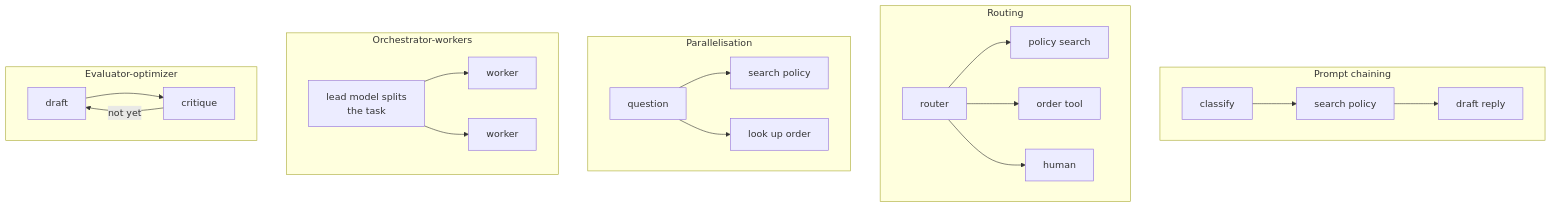
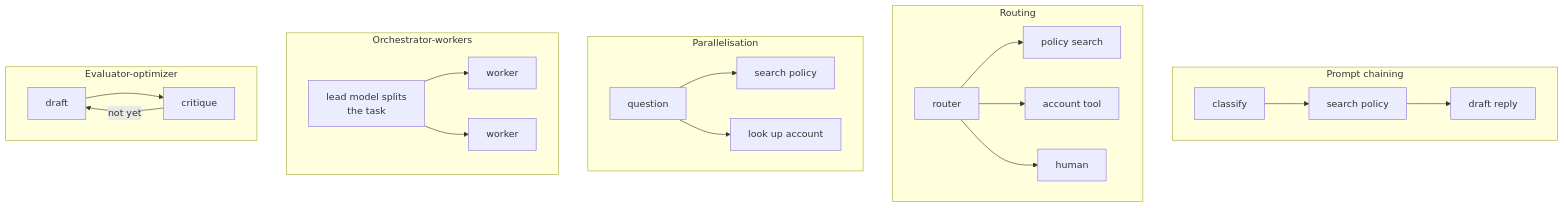
One commit to shubamchaudhary/CodeNITW changed the sixth of 9 diagrams in src/Data/aiStackDocs/CH-10.md. Above: the diagram before and after it, drawn with Mermaid. The commit also changed other lines of this file and 32 other files, not shown here.

````diff
--- a/src/Data/aiStackDocs/CH-10.md
+++ b/src/Data/aiStackDocs/CH-10.md
@@ -142,23 +142,23 @@
 ```mermaid
 flowchart TB
     subgraph P1["Prompt chaining"]
         a1["classify"] --> a2["search policy"] --> a3["draft reply"]
     end
     subgraph P2["Routing"]
         b0["router"] --> b1["policy search"]
-        b0 --> b2["order tool"]
+        b0 --> b2["account tool"]
         b0 --> b3["human"]
     end
     subgraph P3["Parallelisation"]
         c0["question"] --> c1["search policy"]
-        c0 --> c2["look up order"]
+        c0 --> c2["look up account"]
     end
     subgraph P4["Orchestrator-workers"]
         d0["lead model splits<br/>the task"] --> d1["worker"]
         d0 --> d2["worker"]
     end
     subgraph P5["Evaluator-optimizer"]
         e1["draft"] --> e2["critique"]
         e2 -->|"not yet"| e1
     end
 ```
````
